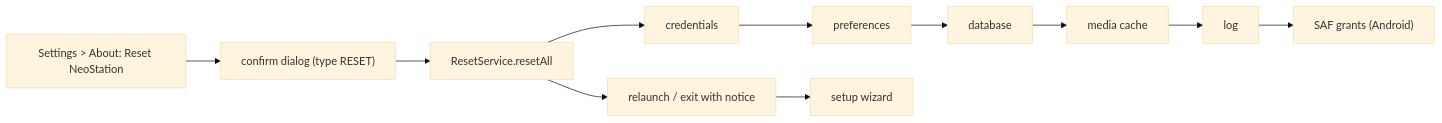
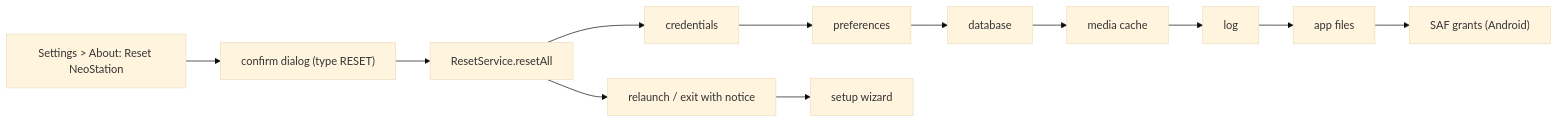
The diagram in sdd/specs/app-reset/design.md (jonstump/neostation-frontend), drawn with Mermaid (base theme) before and after one commit. The commit also changed 3 other files, not shown here.

````diff
--- a/sdd/specs/app-reset/design.md
+++ b/sdd/specs/app-reset/design.md
@@ -43,8 +43,8 @@
 ```mermaid
 flowchart LR
     A["Settings > About: Reset NeoStation"] --> D["confirm dialog (type RESET)"]
     D --> R["ResetService.resetAll"]
-    R --> C1["credentials"] --> C2["preferences"] --> C3["database"] --> C4["media cache"] --> C5["log"] --> C6["SAF grants (Android)"]
+    R --> C1["credentials"] --> C2["preferences"] --> C3["database"] --> C4["media cache"] --> C5["log"] --> C7["app files"] --> C6["SAF grants (Android)"]
     R --> X["relaunch / exit with notice"]
     X --> W["setup wizard"]
 ```
````
